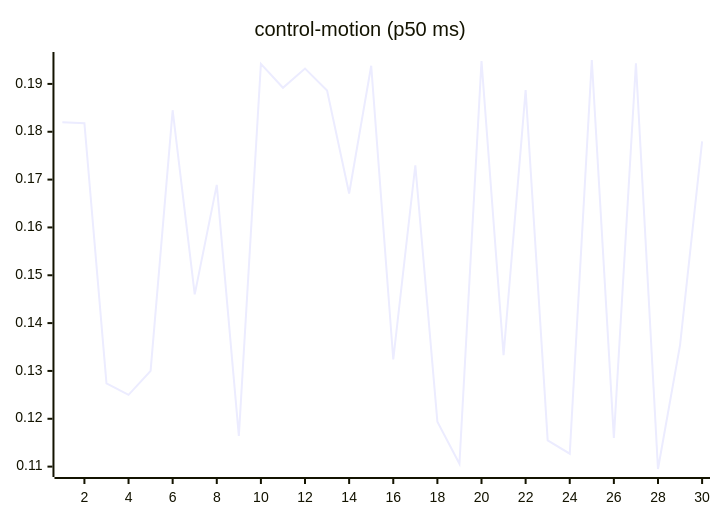
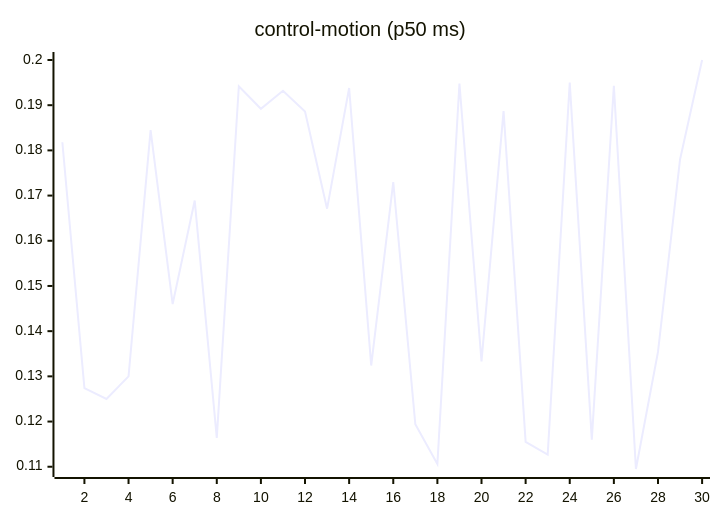
The seventh of 27 diagrams in README.md (josha/Facet), drawn with Mermaid before and after one commit. The commit also changed other lines of this file and 2 other files, not shown here.

````diff
--- a/README.md
+++ b/README.md
@@ -105,6 +105,6 @@
 ```mermaid
 xychart-beta
     title "control-motion (p50 ms)"
     x-axis 1 --> 30
-    line [0.1820, 0.1818, 0.1274, 0.1250, 0.1300, 0.1845, 0.1460, 0.1689, 0.1164, 0.1942, 0.1892, 0.1932, 0.1886, 0.1671, 0.1938, 0.1324, 0.1730, 0.1194, 0.1106, 0.1948, 0.1333, 0.1887, 0.1155, 0.1127, 0.1950, 0.1160, 0.1943, 0.1095, 0.1354, 0.1780]
+    line [0.1818, 0.1274, 0.1250, 0.1300, 0.1845, 0.1460, 0.1689, 0.1164, 0.1942, 0.1892, 0.1932, 0.1886, 0.1671, 0.1938, 0.1324, 0.1730, 0.1194, 0.1106, 0.1948, 0.1333, 0.1887, 0.1155, 0.1127, 0.1950, 0.1160, 0.1943, 0.1095, 0.1354, 0.1780, 0.2000]
 ```
````
